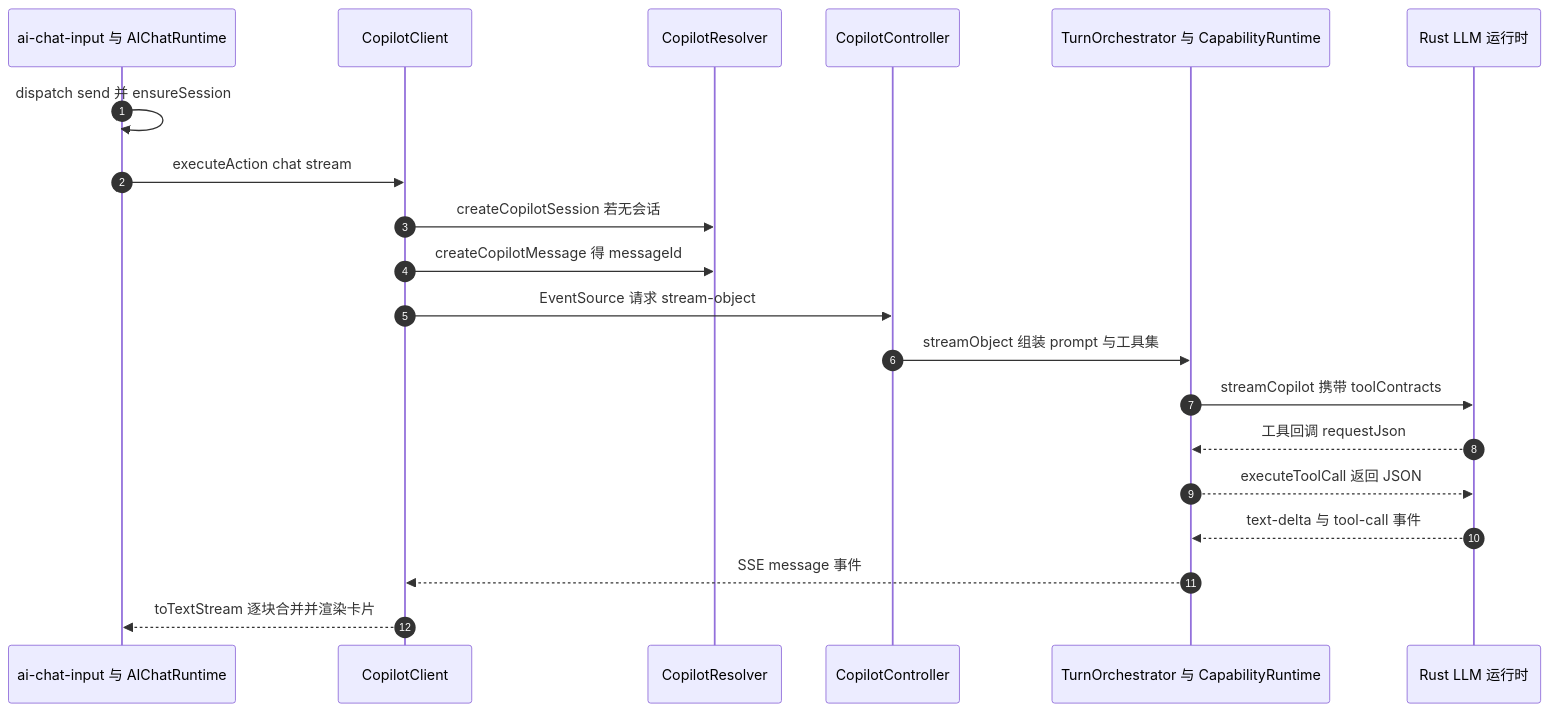
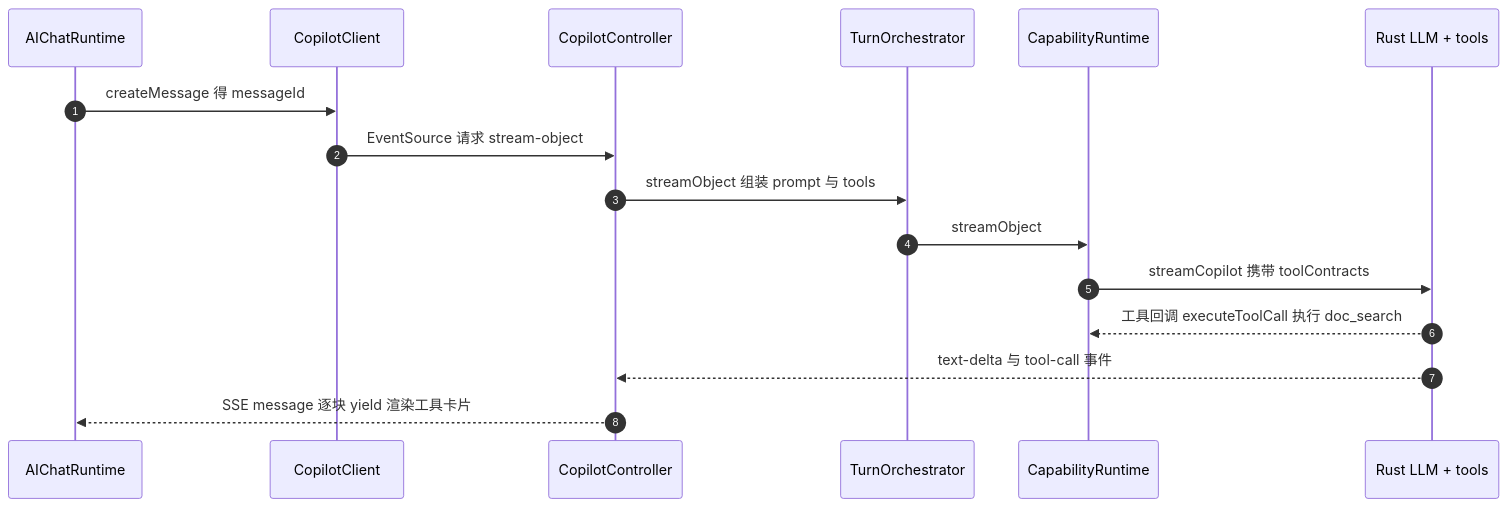
Before and after one commit to lfire/AFFiNE: the sixth of 6 diagrams in learning-guide/slides/decks/29.md, drawn with Mermaid. The commit also changed other lines of this file and 46 other files, not shown here.

````diff
--- a/learning-guide/slides/decks/29.md
+++ b/learning-guide/slides/decks/29.md
@@ -409,22 +365,18 @@
 ```mermaid
 sequenceDiagram
   autonumber
-  participant IN as ai-chat-input 与 AIChatRuntime
+  participant RT as AIChatRuntime
   participant CC as CopilotClient
-  participant RES as CopilotResolver
   participant CTL as CopilotController
-  participant CAP as TurnOrchestrator 与 CapabilityRuntime
-  participant NAT as Rust LLM 运行时
-  IN->>IN: dispatch send 并 ensureSession
-  IN->>CC: executeAction chat stream
-  CC->>RES: createCopilotSession 若无会话
-  CC->>RES: createCopilotMessage 得 messageId
+  participant ORC as TurnOrchestrator
+  participant CAP as CapabilityRuntime
+  participant NAT as Rust LLM + tools
+  RT->>CC: createMessage 得 messageId
   CC->>CTL: EventSource 请求 stream-object
-  CTL->>CAP: streamObject 组装 prompt 与工具集
+  CTL->>ORC: streamObject 组装 prompt 与 tools
+  ORC->>CAP: streamObject
   CAP->>NAT: streamCopilot 携带 toolContracts
-  NAT-->>CAP: 工具回调 requestJson
-  CAP-->>NAT: executeToolCall 返回 JSON
-  NAT-->>CAP: text-delta 与 tool-call 事件
-  CAP-->>CC: SSE message 事件
-  CC-->>IN: toTextStream 逐块合并并渲染卡片
+  NAT-->>CAP: 工具回调 executeToolCall 执行 doc_search
+  NAT-->>CTL: text-delta 与 tool-call 事件
+  CTL-->>RT: SSE message 逐块 yield 渲染工具卡片
 ```
````
